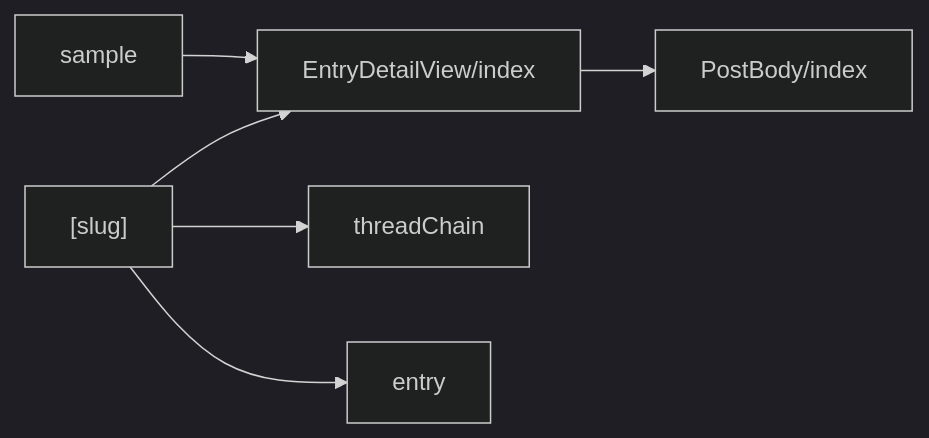
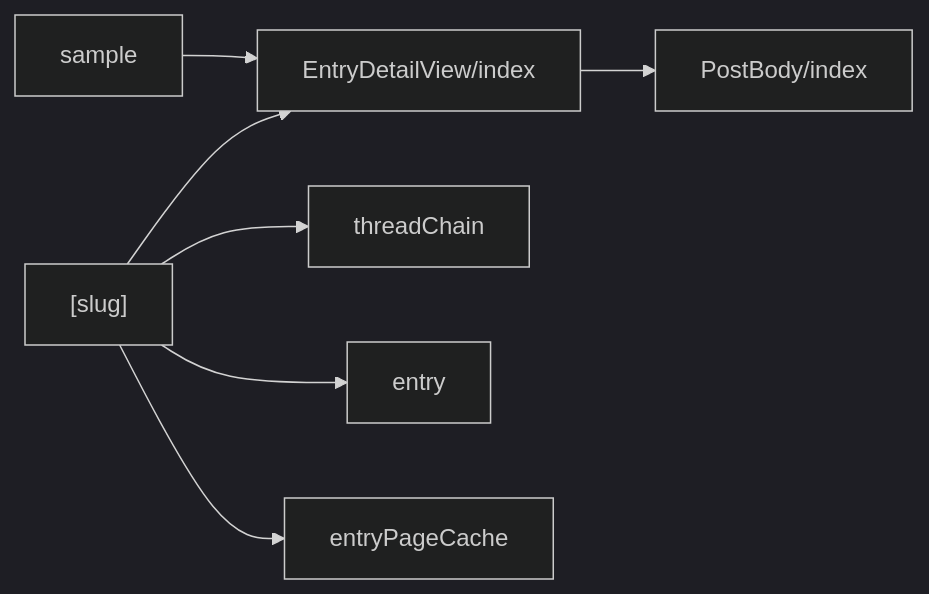
Before and after one commit to nekono-dev/skyshare: the first of 2 diagrams in specs/entry-detail/design.md, drawn with Mermaid (dark theme). The commit also changed 7 other files, not shown here.

First line of the commit message:
developの変更に合わせてspecと図を整合させ、creator関連の記述を除外する

````diff
--- a/specs/entry-detail/design.md
+++ b/specs/entry-detail/design.md
@@ -19,8 +19,9 @@
 ```mermaid
 flowchart LR
   slug["[slug]"] --> edv["EntryDetailView/index"]
   slug --> threadChain
   slug --> entry
+  slug --> entryPageCache
   edv --> pb["PostBody/index"]
   sample --> edv
 ```
````
